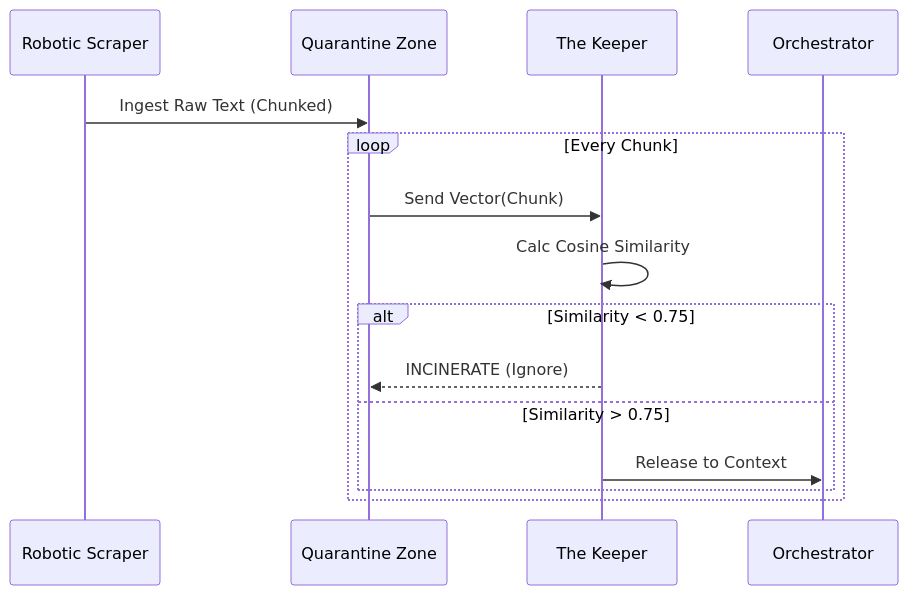
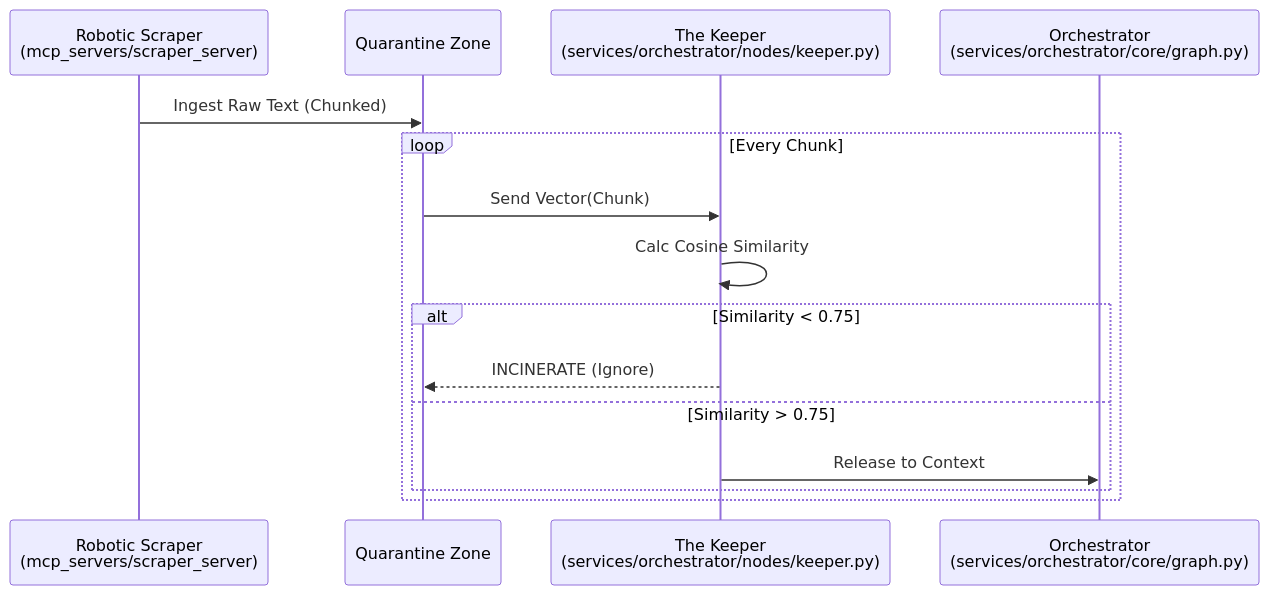
The fourth of 16 diagrams in README.md (azzindani/Kea), drawn with Mermaid before and after one commit. The commit also changed other lines of this file, not shown here.

Commit message:
docs: Add file path references to Mermaid diagrams in README.md for improved clarity.

````diff
--- a/README.md
+++ b/README.md
@@ -547,18 +547,18 @@
 ```mermaid
 sequenceDiagram
-    participant Scraper as Robotic Scraper
+    participant Scraper as Robotic Scraper<br/>(mcp_servers/scraper_server)
     participant Quarantine as Quarantine Zone
-    participant Keeper as The Keeper
-    participant Brain as Orchestrator
+    participant Keeper as The Keeper<br/>(services/orchestrator/nodes/keeper.py)
+    participant Brain as Orchestrator<br/>(services/orchestrator/core/graph.py)
 
     Scraper->>Quarantine: Ingest Raw Text (Chunked)
     loop Every Chunk
         Quarantine->>Keeper: Send Vector(Chunk)
         Keeper->>Keeper: Calc Cosine Similarity
         alt Similarity < 0.75
             Keeper-->>Quarantine: INCINERATE (Ignore)
         else Similarity > 0.75
             Keeper->>Brain: Release to Context
         end
     end
 ```
````
